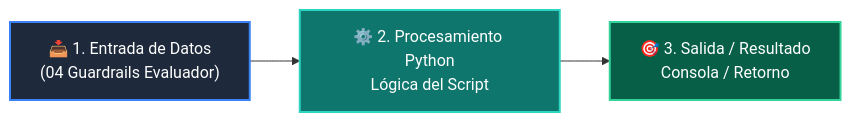
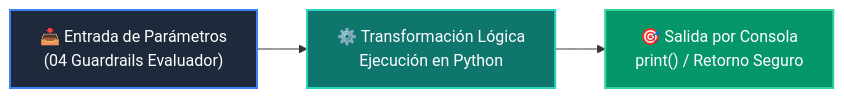
Before and after one commit to wisrovi/wisrovi-python: the diagram in 03-agentes-ia/clase-08-sistemas-multi-agente/ejemplos/ejemplo_04_guardrails_evaluador/README.md, drawn with Mermaid. The commit also changed other lines of this file and 226 other files, not shown here.

Commit message:
docs: elevate all repository READMEs to world-class mastery standard with rich pedagogical architecture, custom Mermaids, and professional styling

````diff
--- a/03-agentes-ia/clase-08-sistemas-multi-agente/ejemplos/ejemplo_04_guardrails_evaluador/README.md
+++ b/03-agentes-ia/clase-08-sistemas-multi-agente/ejemplos/ejemplo_04_guardrails_evaluador/README.md
@@ -12,9 +19,9 @@
 ```mermaid
 flowchart LR
-    A["📥 1. Entrada de Datos<br/>(04 Guardrails Evaluador)"] --> B["⚙️ 2. Procesamiento Python<br/>Lógica del Script"]
-    B --> C["🎯 3. Salida / Resultado<br/>Consola / Retorno"]
+    A["📥 Entrada de Parámetros<br/>(04 Guardrails Evaluador)"] --> B["⚙️ Transformación Lógica<br/>Ejecución en Python"]
+    B --> C["🎯 Salida por Consola<br/>print() / Retorno Seguro"]
 
-    style A fill:#1e293b,color:#fff,stroke:#3b82f6,stroke-width:2px
-    style B fill:#0f766e,color:#fff,stroke:#2dd4bf,stroke-width:2px
-    style C fill:#065f46,color:#fff,stroke:#34d399,stroke-width:2px
+    style A fill:#1e293b,color:#ffffff,stroke:#3b82f6,stroke-width:2px
+    style B fill:#0f766e,color:#ffffff,stroke:#2dd4bf,stroke-width:2px
+    style C fill:#059669,color:#ffffff,stroke:#34d399,stroke-width:2px
 ```
````
